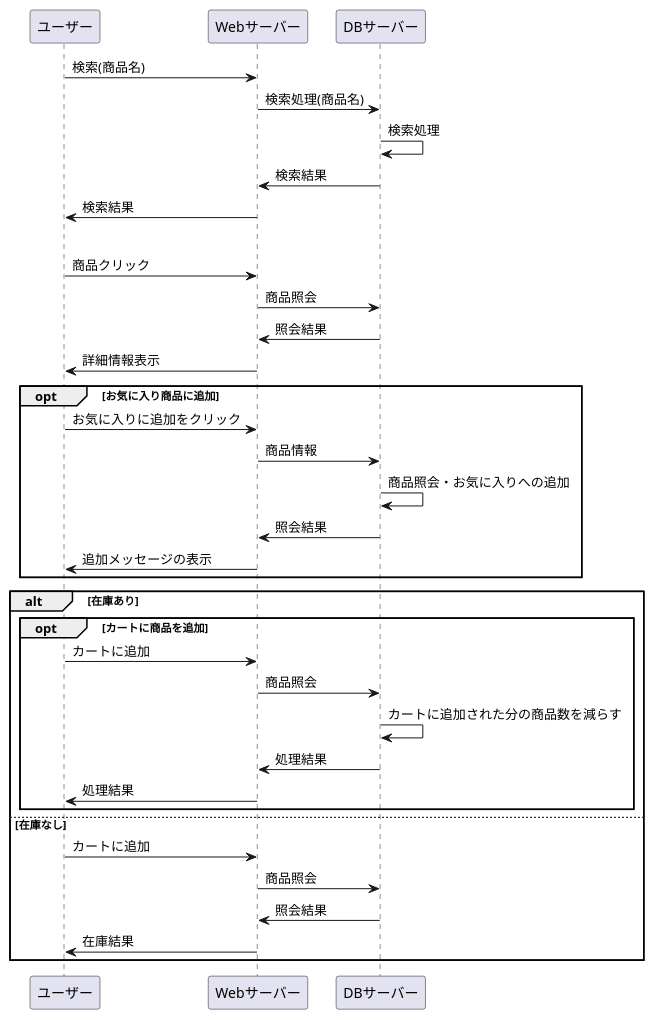
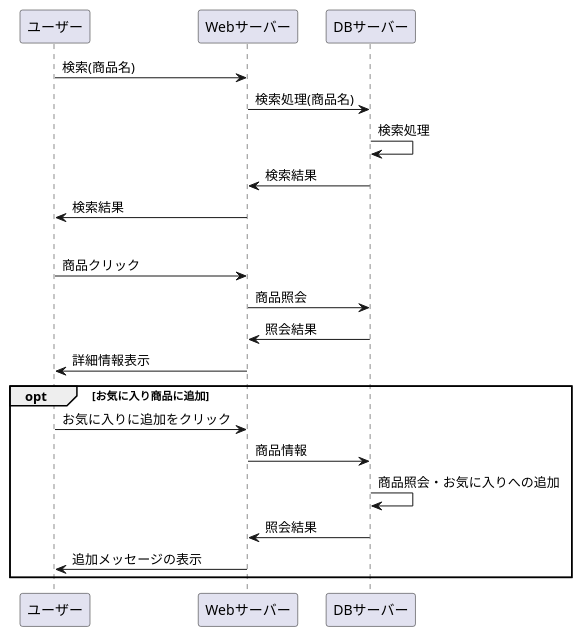
One commit to Aso2001163/2021sys-design-2 changed the diagram in システム開発/業務フロー/業務フロー(検索).md. Above: the diagram before and after it, drawn with PlantUML.

````diff
--- a/システム開発/業務フロー/業務フロー(検索).md
+++ b/システム開発/業務フロー/業務フロー(検索).md
@@ -1,41 +1,25 @@
 ```uml
 @startuml
 
 ユーザー -> Webサーバー : 検索(商品名)
 Webサーバー -> DBサーバー : 検索処理(商品名)
 DBサーバー -> DBサーバー : 検索処理
 DBサーバー -> Webサーバー : 検索結果
 Webサーバー -> ユーザー : 検索結果
 
 opt 商品クリック(商品詳細表示)
 ユーザー -> Webサーバー : 商品クリック
 Webサーバー -> DBサーバー : 商品照会
 DBサーバー -> Webサーバー : 照会結果
 Webサーバー -> ユーザー : 詳細情報表示
 
 opt お気に入り商品に追加
 ユーザー -> Webサーバー : お気に入りに追加をクリック
 Webサーバー -> DBサーバー : 商品情報
 DBサーバー -> DBサーバー : 商品照会・お気に入りへの追加
 DBサーバー -> Webサーバー : 照会結果
 Webサーバー -> ユーザー : 追加メッセージの表示
 end
 
-alt 在庫あり
-opt カートに商品を追加
-ユーザー -> Webサーバー : カートに追加
-Webサーバー -> DBサーバー : 商品照会
-DBサーバー -> DBサーバー : カートに追加された分の商品数を減らす
-DBサーバー -> Webサーバー : 処理結果
-Webサーバー -> ユーザー : 処理結果
-end
-
-else 在庫なし
-ユーザー -> Webサーバー : カートに追加
-Webサーバー -> DBサーバー : 商品照会
-DBサーバー -> Webサーバー : 照会結果
-Webサーバー -> ユーザー : 在庫結果
-end
-
 @enduml
 ```
````
